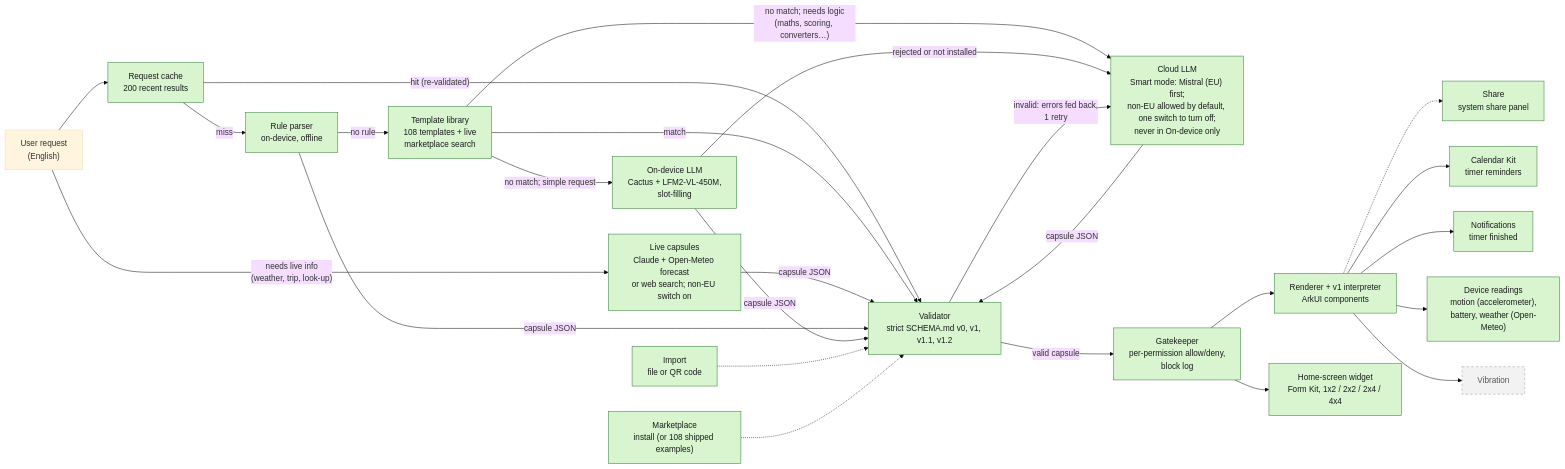
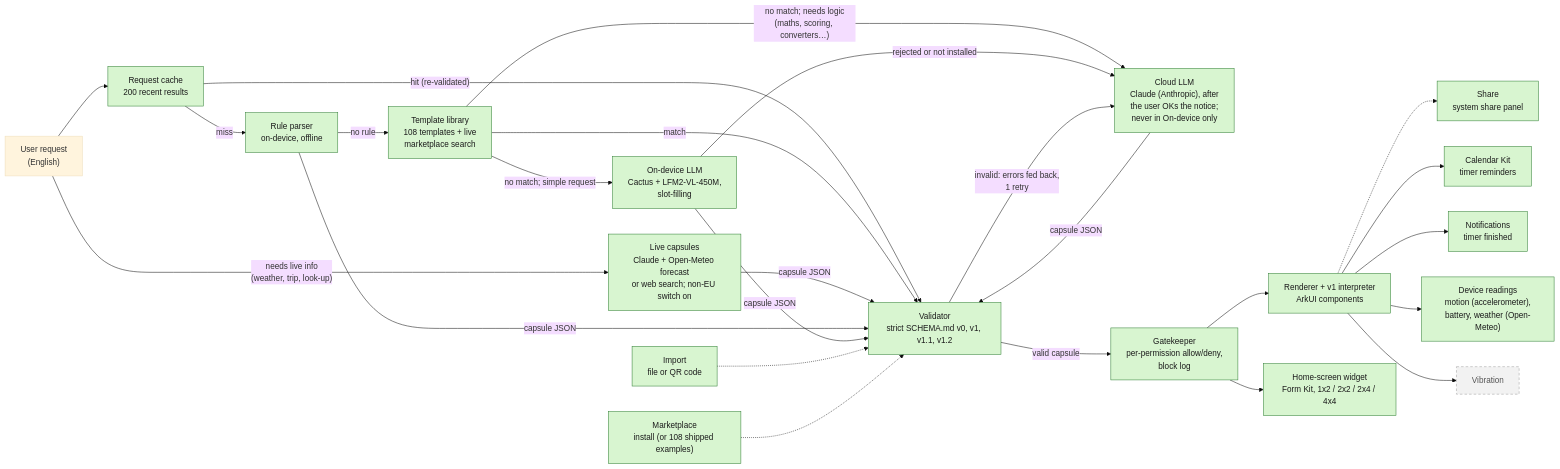
The diagram in README.md (Akshaz7/capsules-harmonyos), drawn with Mermaid (base theme) before and after one commit. The commit also changed other lines of this file and 1 other file, not shown here.

First line of the commit message:
docs: Claude-only, note on older design notes

````diff
--- a/README.md
+++ b/README.md
@@ -31,32 +31,32 @@
 ```mermaid
 flowchart LR
     R["User request<br/>(English)"] --> C["Request cache<br/>200 recent results"]
     C -- "hit (re-validated)" --> V
     C -- "miss" --> P["Rule parser<br/>on-device, offline"]
     P -- "no rule" --> T["Template library<br/>108 templates + live<br/>marketplace search"]
     T -- "match" --> V
     T -- "no match; simple request" --> OD["On-device LLM<br/>Cactus + LFM2-VL-450M,<br/>slot-filling"]
-    T -- "no match; needs logic<br/>(maths, scoring, converters…)" --> AI["Cloud LLM<br/>Smart mode: Mistral (EU) first;<br/>non-EU allowed by default, one switch to turn off;<br/>never in On-device only"]
+    T -- "no match; needs logic<br/>(maths, scoring, converters…)" --> AI["Cloud LLM<br/>Claude (Anthropic), after<br/>the user OKs the notice;<br/>never in On-device only"]
     R -- "needs live info<br/>(weather, trip, look-up)" --> LV["Live capsules<br/>Claude + Open-Meteo forecast<br/>or web search; non-EU switch on"]
     LV -- "capsule JSON" --> V
     OD -- "rejected or not installed" --> AI
     P -- "capsule JSON" --> V["Validator<br/>strict SCHEMA.md v0, v1, v1.1, v1.2"]
     OD -- "capsule JSON" --> V
     AI -- "capsule JSON" --> V
     IM["Import<br/>file or QR code"] -.-> V
     MK["Marketplace<br/>install (or 108 shipped examples)"] -.-> V
     RN -.-> EX["Share<br/>system share panel"]
     V -- "invalid: errors fed back,<br/>1 retry" --> AI
     V -- "valid capsule" --> G["Gatekeeper<br/>per-permission allow/deny,<br/>block log"]
     G --> RN["Renderer + v1 interpreter<br/>ArkUI components"]
     RN --> CAL["Calendar Kit<br/>timer reminders"]
     RN --> N["Notifications<br/>timer finished"]
     RN --> DR["Device readings<br/>motion (accelerometer),<br/>battery, weather (Open-Meteo)"]
     RN --> VB["Vibration"]
     G --> W["Home-screen widget<br/>Form Kit, 1x2 / 2x2 / 2x4 / 4x4"]
 
     classDef built fill:#d8f5d0,stroke:#2e7d32,color:#1b1b1b
     classDef planned fill:#f2f2f2,stroke:#9e9e9e,stroke-dasharray:5 4,color:#555
     class C,P,T,OD,AI,V,G,RN,CAL,N,W,IM,MK,EX,DR,LV built
     class VB planned
 ```
````
